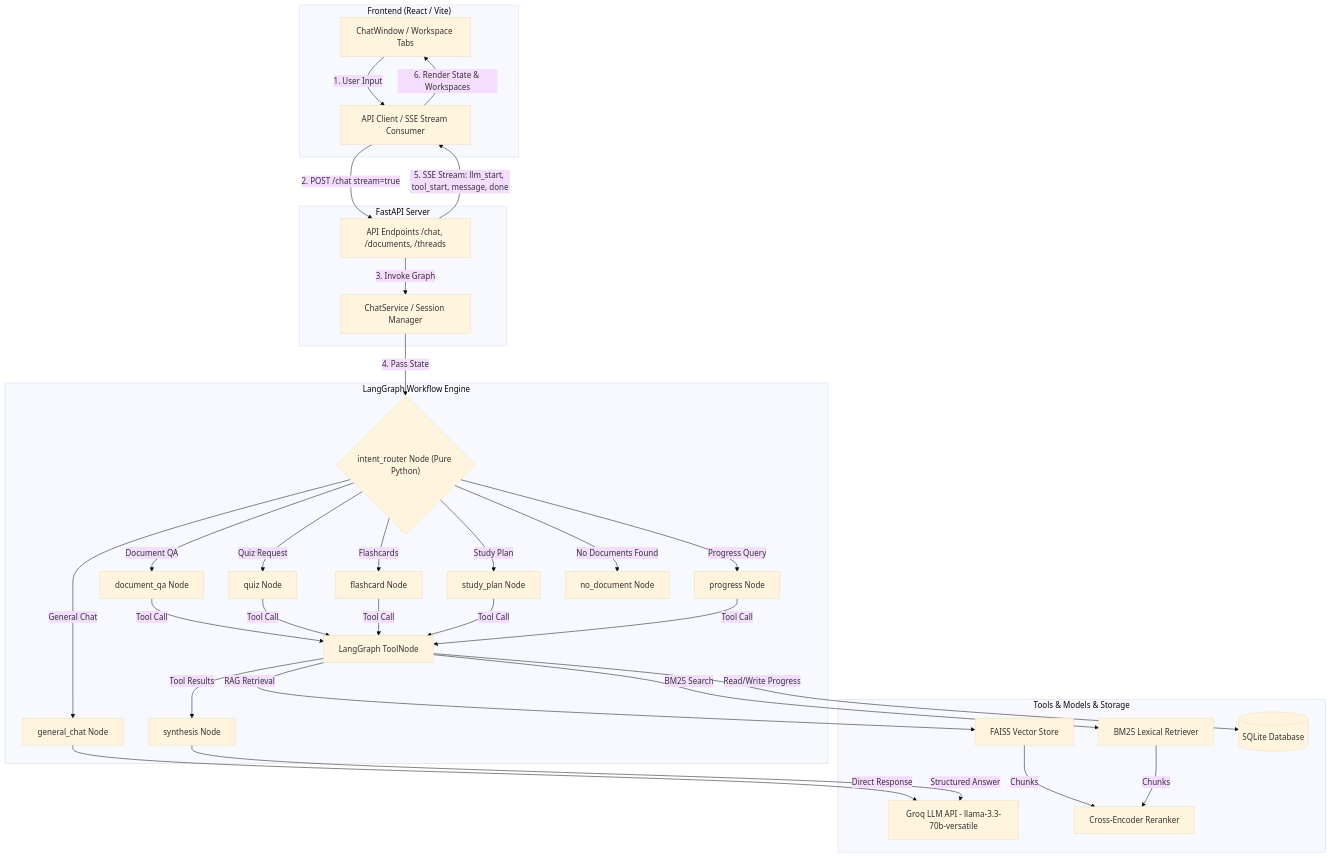
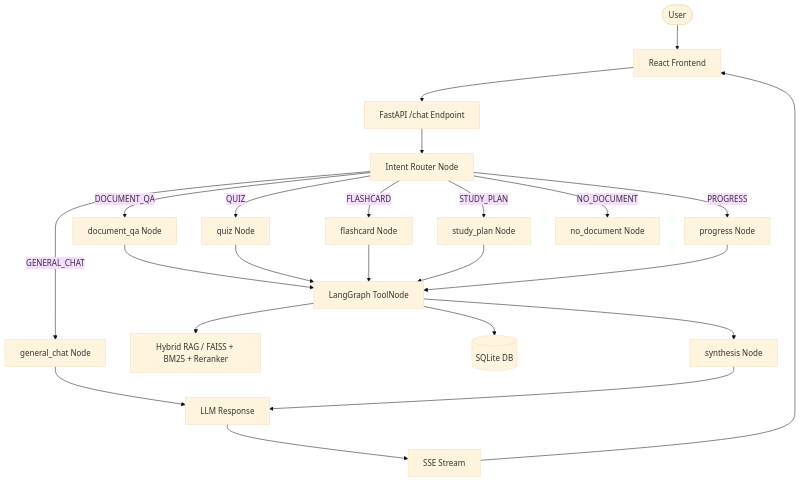
One commit to Gayathri-b-06/StudyMate changed the diagram in README.md. Above: the diagram before and after it, drawn with Mermaid (base theme). The commit also changed other lines of this file, not shown here.

````diff
--- a/README.md
+++ b/README.md
@@ -47,66 +36,29 @@
 ```mermaid
 flowchart TD
-    subgraph Client ["Frontend (React / Vite)"]
-        UI[ChatWindow / Workspace Tabs]
-        ClientAPI[API Client / SSE Stream Consumer]
-    end
+    User([User]) --> Frontend[React Frontend]
+    Frontend --> API[FastAPI /chat Endpoint]
+    API --> Router[Intent Router Node]
+    
+    Router -->|GENERAL_CHAT| General[general_chat Node]
+    Router -->|DOCUMENT_QA| DocQA[document_qa Node]
+    Router -->|QUIZ| Quiz[quiz Node]
+    Router -->|FLASHCARD| Flash[flashcard Node]
+    Router -->|STUDY_PLAN| Plan[study_plan Node]
+    Router -->|PROGRESS| Prog[progress Node]
+    Router -->|NO_DOCUMENT| NoDoc[no_document Node]
 
-    subgraph Backend ["FastAPI Server"]
-        Router[API Endpoints /chat, /documents, /threads]
-        ChatService[ChatService / Session Manager]
-    end
+    DocQA --> ToolNode[LangGraph ToolNode]
+    Quiz --> ToolNode
+    Flash --> ToolNode
+    Plan --> ToolNode
+    Prog --> ToolNode
 
-    subgraph Graph ["LangGraph Workflow Engine"]
-        IntentRouter{"intent_router Node (Pure Python)"}
-        
-        BranchGeneral[general_chat Node]
-        BranchDoc[document_qa Node]
-        BranchQuiz[quiz Node]
-        BranchFlash[flashcard Node]
-        BranchPlan[study_plan Node]
-        BranchProg[progress Node]
-        BranchNoDoc[no_document Node]
+    ToolNode --> HybridRAG[Hybrid RAG / FAISS + BM25 + Reranker]
+    ToolNode --> DB[(SQLite DB)]
 
-        ToolNode[LangGraph ToolNode]
-        Synthesis[synthesis Node]
-    end
-
-    subgraph External ["Tools & Models & Storage"]
-        Groq[Groq LLM API - llama-3.3-70b-versatile]
-        FAISS[FAISS Vector Store]
-        BM25[BM25 Lexical Retriever]
-        Reranker[Cross-Encoder Reranker]
-        DB[(SQLite Database)]
-    end
-
-    UI -->|1. User Input| ClientAPI
-    ClientAPI -->|2. POST /chat stream=true| Router
-    Router -->|3. Invoke Graph| ChatService
-    ChatService -->|4. Pass State| IntentRouter
-
-    IntentRouter -->|General Chat| BranchGeneral
-    IntentRouter -->|Document QA| BranchDoc
-    IntentRouter -->|Quiz Request| BranchQuiz
-    IntentRouter -->|Flashcards| BranchFlash
-    IntentRouter -->|Study Plan| BranchPlan
-    IntentRouter -->|Progress Query| BranchProg
-    IntentRouter -->|No Documents Found| BranchNoDoc
-
-    BranchDoc -->|Tool Call| ToolNode
-    BranchQuiz -->|Tool Call| ToolNode
-    BranchFlash -->|Tool Call| ToolNode
-    BranchPlan -->|Tool Call| ToolNode
-    BranchProg -->|Tool Call| ToolNode
-
-    ToolNode -->|RAG Retrieval| FAISS
-    ToolNode -->|BM25 Search| BM25
-    FAISS & BM25 -->|Chunks| Reranker
-    ToolNode -->|Read/Write Progress| DB
-
-    ToolNode -->|Tool Results| Synthesis
-    BranchGeneral -->|Direct Response| Groq
-    Synthesis -->|Structured Answer| Groq
-
-    Router -->|5. SSE Stream: llm_start, tool_start, message, done| ClientAPI
-    ClientAPI -->|6. Render State & Workspaces| UI
+    ToolNode --> Synthesis[synthesis Node]
+    General --> Response[LLM Response]
+    Synthesis --> Response
+    Response --> SSE[SSE Stream]
+    SSE --> Frontend
 ```
````
